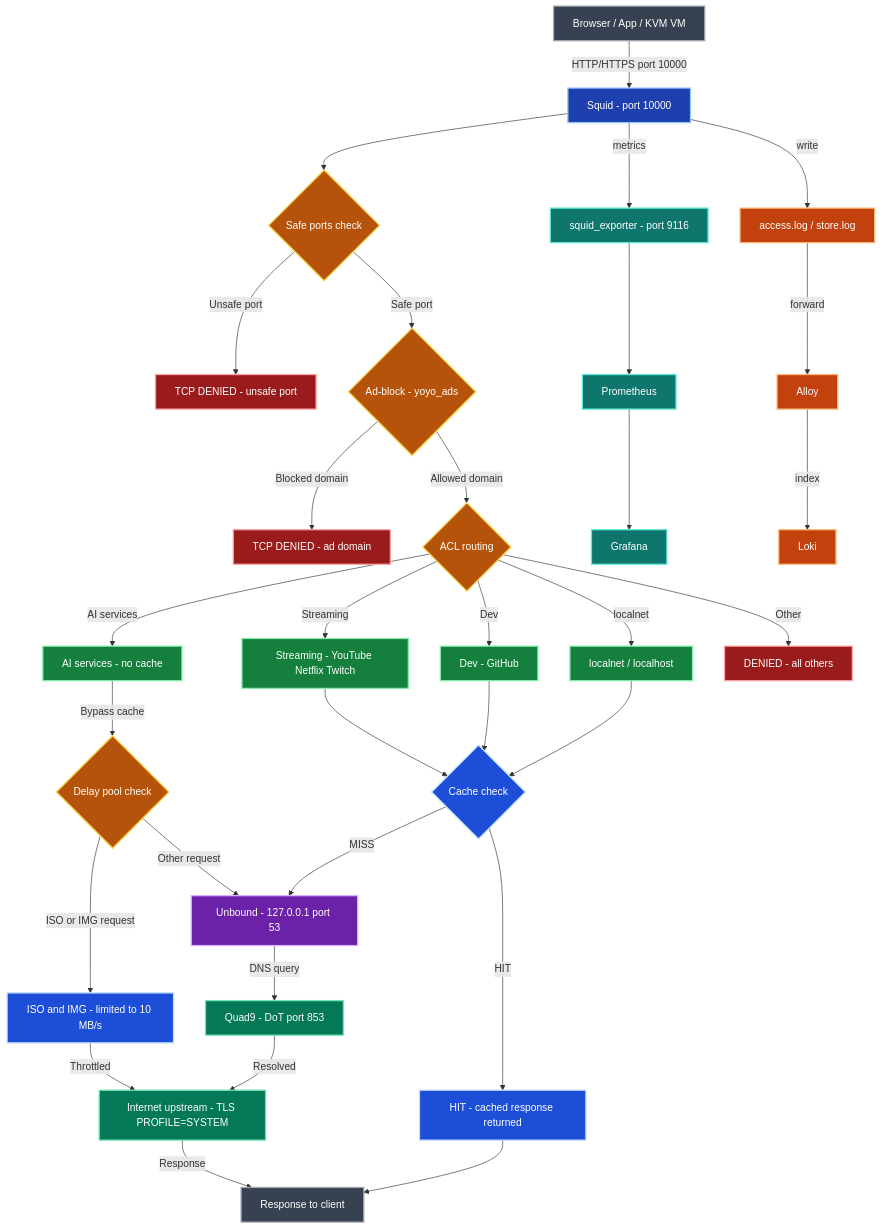
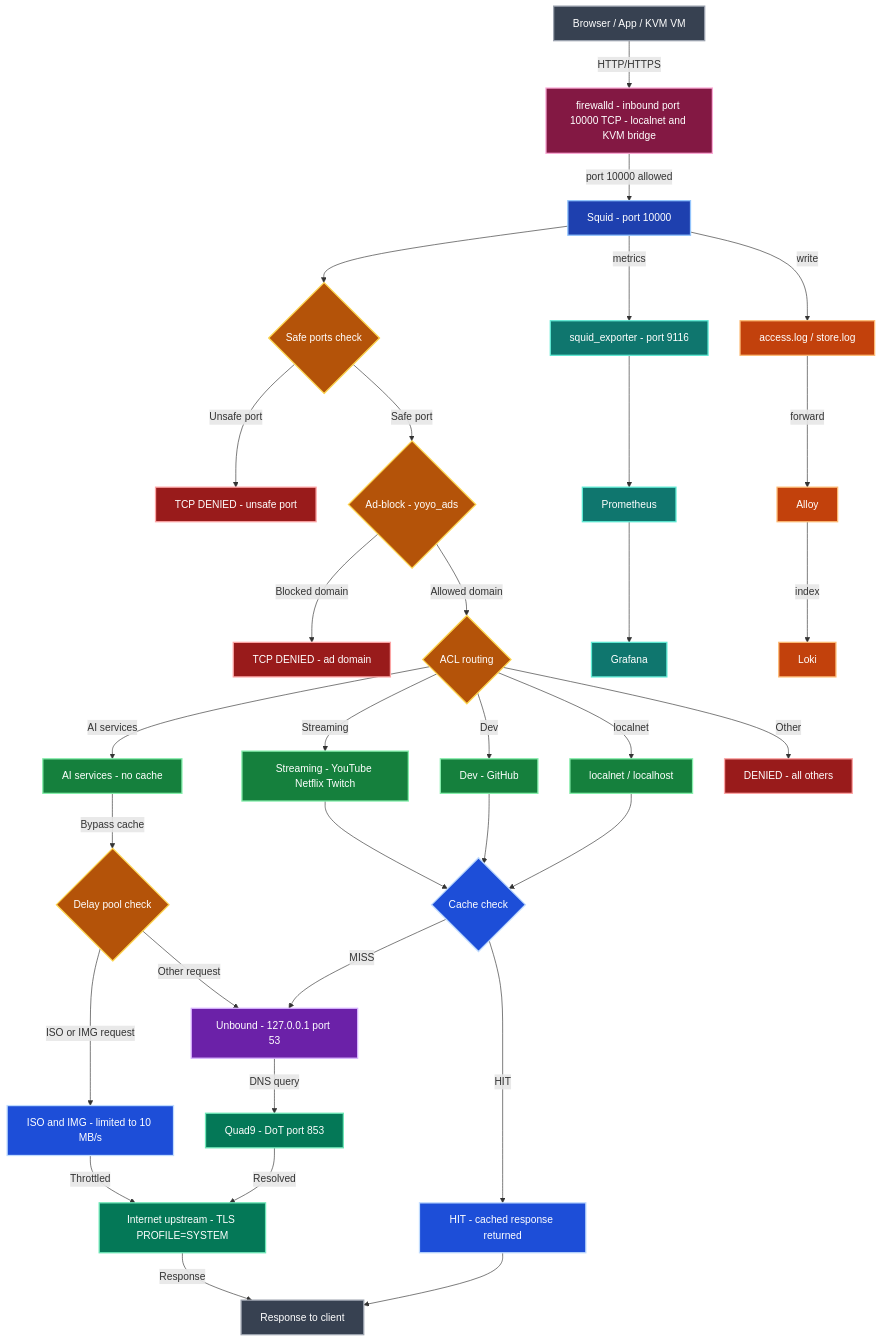
One commit to crisis1er/squid-tumbleweed-config changed the diagram in README.md. Above: the diagram before and after it, drawn with Mermaid.

Commit message:
docs: add firewalld node with port 10000 inbound

````diff
--- a/README.md
+++ b/README.md
@@ -30,79 +30,82 @@
 ```mermaid
 flowchart TD
     classDef client fill:#374151,stroke:#9ca3af,stroke-width:2px,color:#ffffff
     classDef proxy fill:#1e40af,stroke:#93c5fd,stroke-width:2px,color:#ffffff
     classDef decision fill:#b45309,stroke:#fcd34d,stroke-width:2px,color:#ffffff
     classDef blocked fill:#991b1b,stroke:#fca5a5,stroke-width:2px,color:#ffffff
     classDef allowed fill:#15803d,stroke:#86efac,stroke-width:2px,color:#ffffff
     classDef cache fill:#1d4ed8,stroke:#bfdbfe,stroke-width:2px,color:#ffffff
     classDef dns fill:#6b21a8,stroke:#d8b4fe,stroke-width:2px,color:#ffffff
     classDef upstream fill:#047857,stroke:#6ee7b7,stroke-width:2px,color:#ffffff
     classDef monitoring fill:#0f766e,stroke:#5eead4,stroke-width:2px,color:#ffffff
     classDef logs fill:#c2410c,stroke:#fdba74,stroke-width:2px,color:#ffffff
+    classDef firewall fill:#831843,stroke:#f9a8d4,stroke-width:2px,color:#ffffff
 
     A[Browser / App / KVM VM]:::client
+    FW[firewalld - inbound port 10000 TCP - localnet and KVM bridge]:::firewall
     B[Squid - port 10000]:::proxy
     C{Safe ports check}:::decision
     D[TCP DENIED - unsafe port]:::blocked
     E{Ad-block - yoyo_ads}:::decision
     F[TCP DENIED - ad domain]:::blocked
     G{ACL routing}:::decision
     H[AI services - no cache]:::allowed
     I[Streaming - YouTube Netflix Twitch]:::allowed
     J[Dev - GitHub]:::allowed
     K[localnet / localhost]:::allowed
     L[DENIED - all others]:::blocked
     M{Delay pool check}:::decision
     N[ISO and IMG - limited to 10 MB/s]:::cache
     O{Cache check}:::cache
     P[HIT - cached response returned]:::cache
     Q[Unbound - 127.0.0.1 port 53]:::dns
     R[Quad9 - DoT port 853]:::upstream
     S[Internet upstream - TLS PROFILE=SYSTEM]:::upstream
     T[Response to client]:::client
     U[squid_exporter - port 9116]:::monitoring
     V[Prometheus]:::monitoring
     W[Grafana]:::monitoring
     X[access.log / store.log]:::logs
     Y[Alloy]:::logs
     Z[Loki]:::logs
 
-    A -->|HTTP/HTTPS port 10000| B
+    A -->|HTTP/HTTPS| FW
+    FW -->|port 10000 allowed| B
     B --> C
     C -->|Unsafe port| D
     C -->|Safe port| E
     E -->|Blocked domain| F
     E -->|Allowed domain| G
 
     G -->|AI services| H
     G -->|Streaming| I
     G -->|Dev| J
     G -->|localnet| K
     G -->|Other| L
 
     H -->|Bypass cache| M
     I --> O
     J --> O
     K --> O
 
     M -->|ISO or IMG request| N
     M -->|Other request| Q
 
     N -->|Throttled| S
 
     O -->|HIT| P
     O -->|MISS| Q
 
     Q -->|DNS query| R
     R -->|Resolved| S
     S -->|Response| T
     P --> T
 
     B -->|metrics| U
     U --> V
     V --> W
 
     B -->|write| X
     X -->|forward| Y
     Y -->|index| Z
 ```
````
